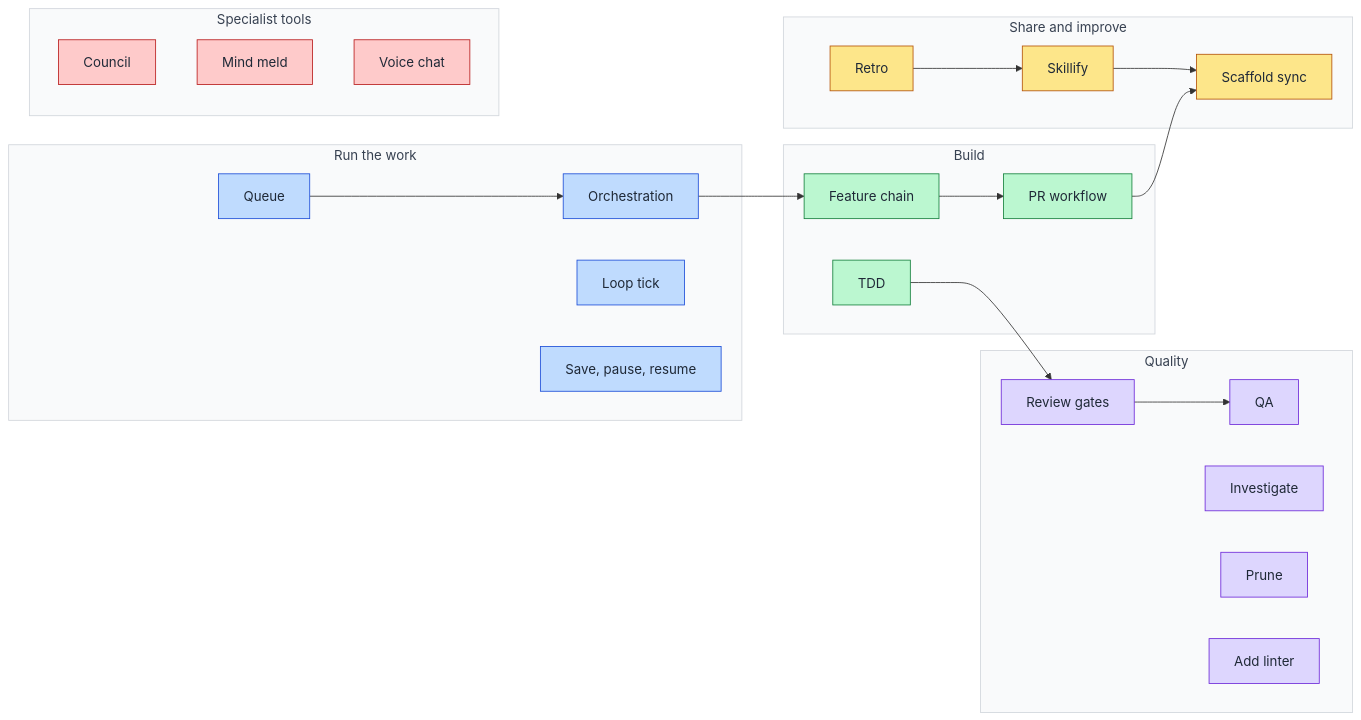
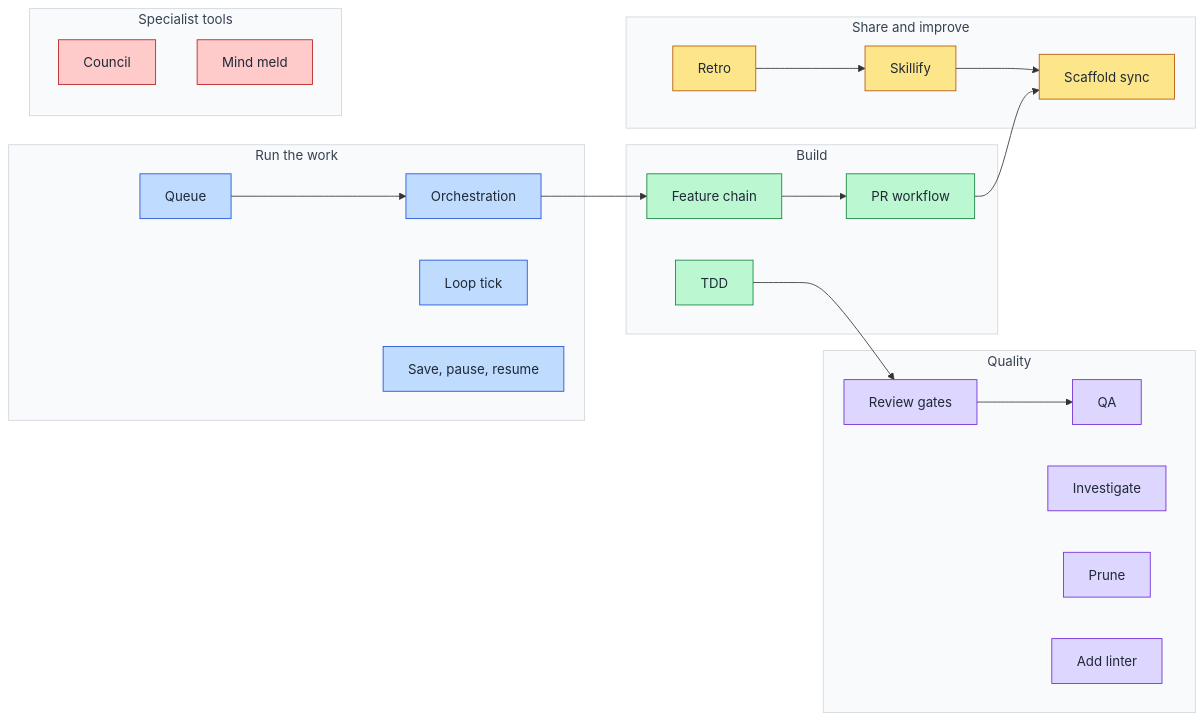
The diagram in docs/diagrams/pages/system-map.md (victusfate/scaffold), drawn with Mermaid before and after one commit. The commit also changed other lines of this file and 29 other files, not shown here.

First line of the commit message:
chore: retire voice-chat

````diff
--- a/docs/diagrams/pages/system-map.md
+++ b/docs/diagrams/pages/system-map.md
@@ -5,54 +5,53 @@
 ```mermaid
 flowchart LR
   subgraph l_run["Run the work"]
     n_orchestration["Orchestration"]
     n_queue["Queue"]
     n_loop["Loop tick"]
     n_continuity["Save, pause, resume"]
   end
   subgraph l_build["Build"]
     n_feature["Feature chain"]
     n_tdd["TDD"]
     n_pr["PR workflow"]
   end
   subgraph l_quality["Quality"]
     n_gates["Review gates"]
     n_qa["QA"]
     n_investigate["Investigate"]
     n_prune["Prune"]
     n_linter["Add linter"]
   end
   subgraph l_share["Share and improve"]
     n_sync["Scaffold sync"]
     n_skillify["Skillify"]
     n_retro["Retro"]
   end
   subgraph l_tools["Specialist tools"]
     n_council["Council"]
     n_mindmeld["Mind meld"]
-    n_voice["Voice chat"]
   end
   n_queue --> n_orchestration
   n_orchestration --> n_feature
   n_feature --> n_pr
   n_pr --> n_sync
   n_tdd --> n_gates
   n_gates --> n_qa
   n_retro --> n_skillify
   n_skillify --> n_sync
   classDef lane0 fill:#bfdbfe,stroke:#1d4ed8,color:#1f2937
   classDef lane1 fill:#bbf7d0,stroke:#15803d,color:#1f2937
   classDef lane2 fill:#ddd6fe,stroke:#6d28d9,color:#1f2937
   classDef lane3 fill:#fde68a,stroke:#b45309,color:#1f2937
   classDef lane4 fill:#fecaca,stroke:#b91c1c,color:#1f2937
   class n_orchestration,n_queue,n_loop,n_continuity lane0
   class n_feature,n_tdd,n_pr lane1
   class n_gates,n_qa,n_investigate,n_prune,n_linter lane2
   class n_sync,n_skillify,n_retro lane3
-  class n_council,n_mindmeld,n_voice lane4
+  class n_council,n_mindmeld lane4
   style l_run fill:#f9fafb,stroke:#d1d5db,color:#374151
   style l_build fill:#f9fafb,stroke:#d1d5db,color:#374151
   style l_quality fill:#f9fafb,stroke:#d1d5db,color:#374151
   style l_share fill:#f9fafb,stroke:#d1d5db,color:#374151
   style l_tools fill:#f9fafb,stroke:#d1d5db,color:#374151
 ```
````
